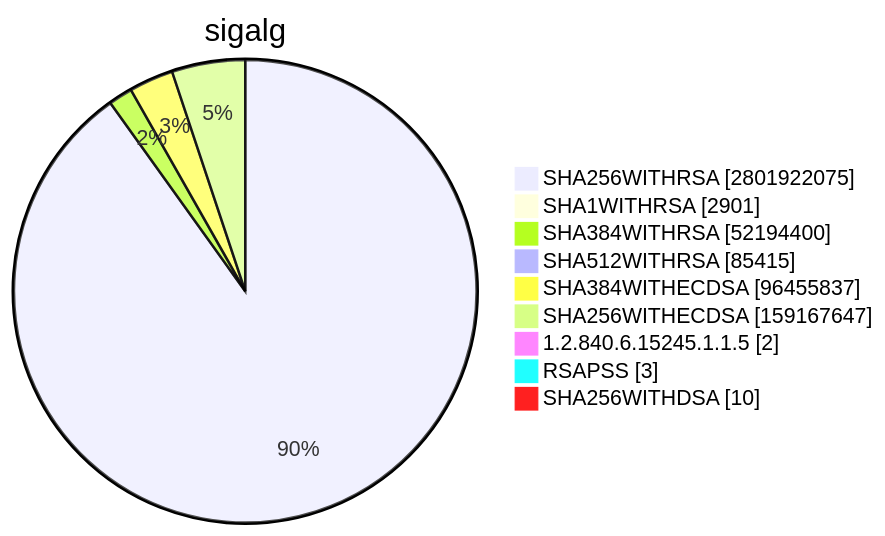
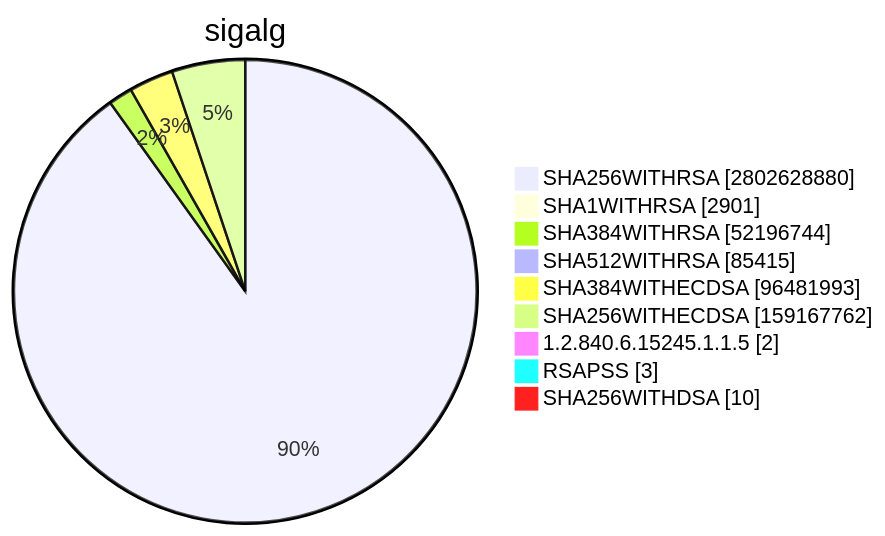
Diagram 15 of 15 in TOTAL/README.md (christiankrug/ctmonitor_visualization), drawn with Mermaid before and after one commit. The commit also changed other lines of this file, not shown here.

````diff
--- a/TOTAL/README.md
+++ b/TOTAL/README.md
@@ -6205,13 +6205,13 @@
 ```mermaid
 pie showData
 title sigalg
-"SHA256WITHRSA" :2801922075
+"SHA256WITHRSA" :2802628880
 "SHA1WITHRSA" :2901
-"SHA384WITHRSA" :52194400
+"SHA384WITHRSA" :52196744
 "SHA512WITHRSA" :85415
-"SHA384WITHECDSA" :96455837
-"SHA256WITHECDSA" :159167647
+"SHA384WITHECDSA" :96481993
+"SHA256WITHECDSA" :159167762
 "1.2.840.6.15245.1.1.5" :2
 "RSAPSS" :3
 "SHA256WITHDSA" :10
 ```
````
